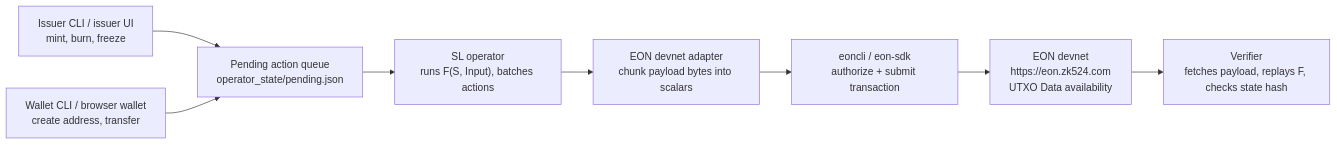
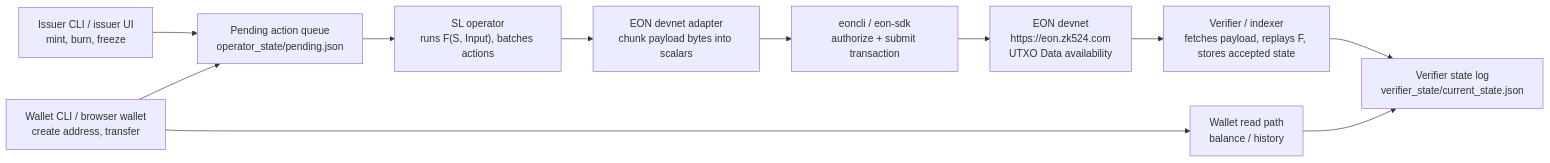
Before and after one commit to bryfeng/eon-payment-sl-demo: the diagram in README.md, drawn with Mermaid. The commit also changed other lines of this file and 6 other files, not shown here.

Commit message:
Add verifier-indexed wallet reads

````diff
--- a/README.md
+++ b/README.md
@@ -49,19 +51,24 @@
 ```mermaid
 flowchart LR
   issuer["Issuer CLI / issuer UI<br/>mint, burn, freeze"]
   wallet["Wallet CLI / browser wallet<br/>create address, transfer"]
+  walletRead["Wallet read path<br/>balance / history"]
   pending["Pending action queue<br/>operator_state/pending.json"]
   operator["SL operator<br/>runs F(S, Input), batches actions"]
   adapter["EON devnet adapter<br/>chunk payload bytes into scalars"]
   eoncli["eoncli / eon-sdk<br/>authorize + submit transaction"]
   devnet["EON devnet<br/>https://eon.zk524.com<br/>UTXO Data availability"]
-  verifier["Verifier<br/>fetches payload, replays F, checks state hash"]
+  verifier["Verifier / indexer<br/>fetches payload, replays F, stores accepted state"]
+  verifiedState["Verifier state log<br/>verifier_state/current_state.json"]
 
   issuer --> pending
   wallet --> pending
+  wallet --> walletRead
   pending --> operator
   operator --> adapter
   adapter --> eoncli
   eoncli --> devnet
   devnet --> verifier
+  verifier --> verifiedState
+  walletRead --> verifiedState
 ```
````
